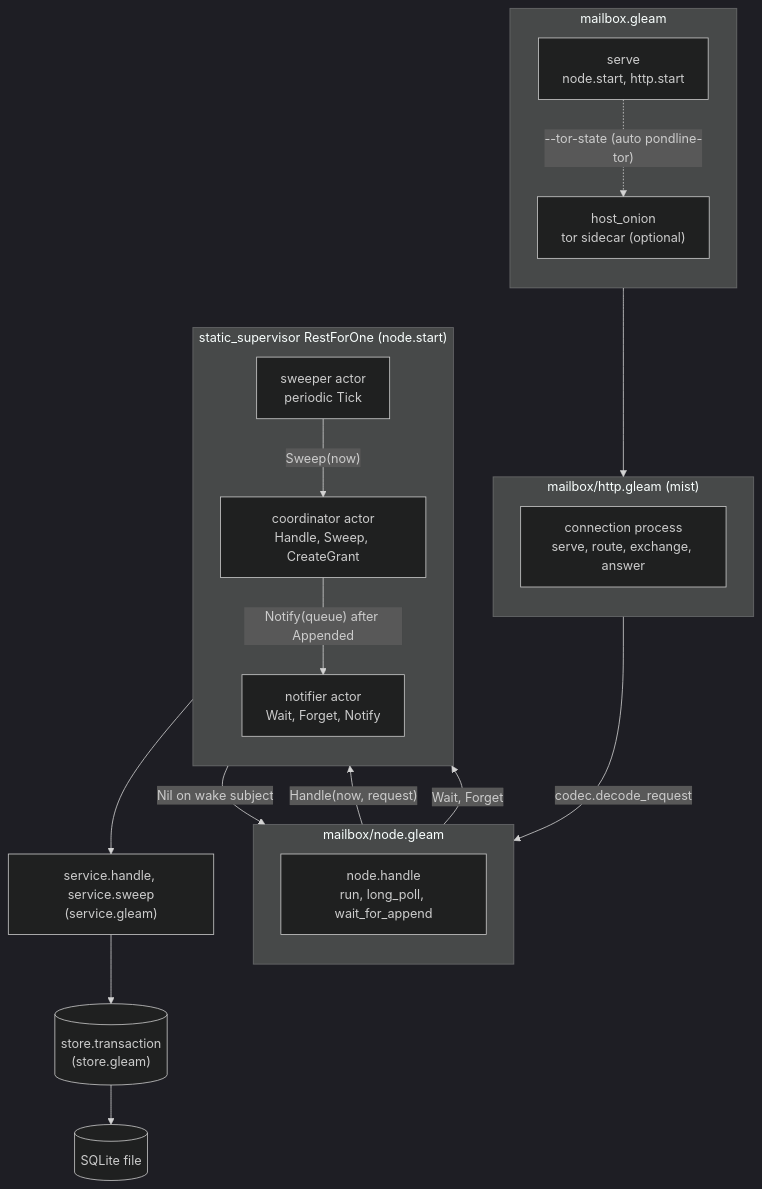
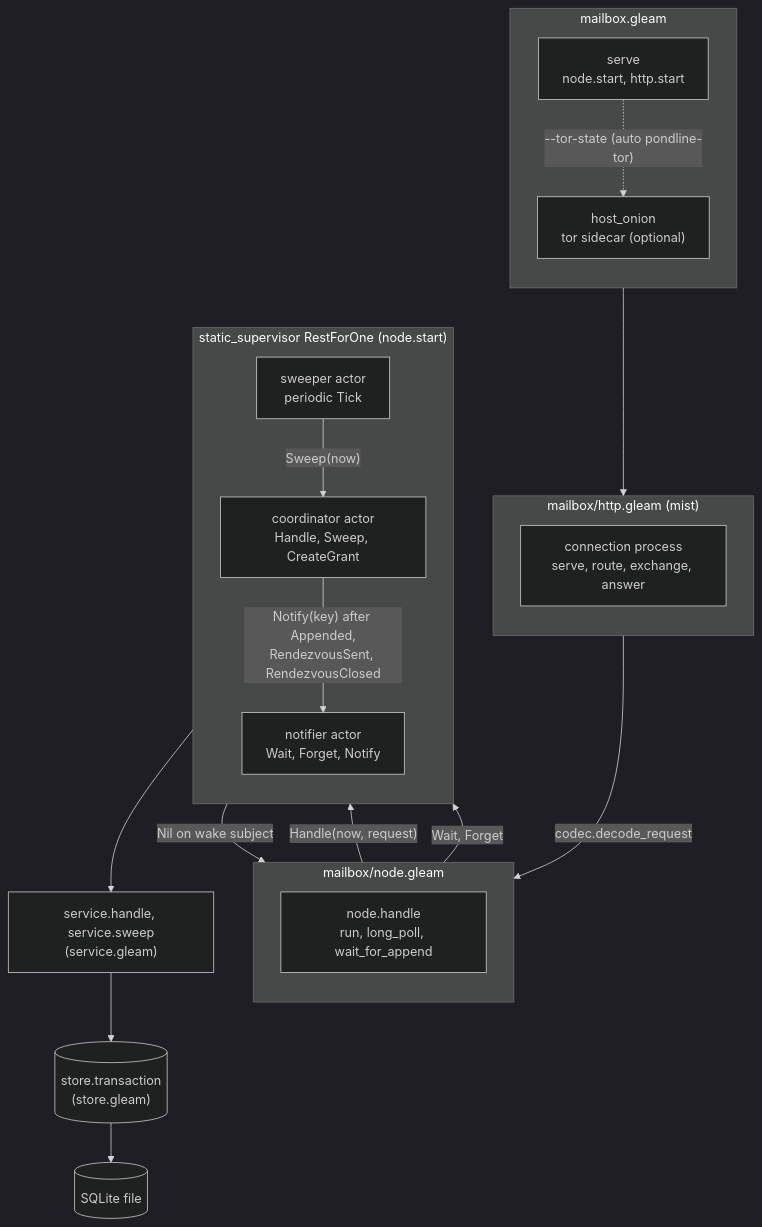
Before and after one commit to Roasbeef/pondline: the first of 3 diagrams in packages/mailbox/README.md, drawn with Mermaid (dark theme). The commit also changed other lines of this file and 7 other files, not shown here.

First line of the commit message:
docs: describe spoken pairing codes in the architecture docs

````diff
--- a/packages/mailbox/README.md
+++ b/packages/mailbox/README.md
@@ -11,41 +11,41 @@
 ```mermaid
 flowchart TB
     subgraph Main["mailbox.gleam"]
         direction TB
         serve["serve<br/>node.start, http.start"]
         onion["host_onion<br/>tor sidecar (optional)"]
     end
 
     subgraph HTTP["mailbox/http.gleam (mist)"]
         direction TB
         conn["connection process<br/>serve, route, exchange, answer"]
     end
 
     subgraph Node["mailbox/node.gleam"]
         direction TB
         handle["node.handle<br/>run, long_poll, wait_for_append"]
     end
 
     subgraph Sup["static_supervisor RestForOne (node.start)"]
         direction TB
         notifier["notifier actor<br/>Wait, Forget, Notify"]
         coord["coordinator actor<br/>Handle, Sweep, CreateGrant"]
         sweeper["sweeper actor<br/>periodic Tick"]
     end
 
     service["service.handle, service.sweep<br/>(service.gleam)"]
     store[("store.transaction<br/>(store.gleam)")]
     db[("SQLite file")]
 
     serve --> conn
     serve -. "--tor-state (auto pondline-tor)" .-> onion
     conn -- "codec.decode_request" --> handle
     handle -- "Handle(now, request)" --> coord
     handle -- "Wait, Forget" --> notifier
     coord --> service
     service --> store
     store --> db
-    coord -- "Notify(queue) after Appended" --> notifier
+    coord -- "Notify(key) after Appended,<br/>RendezvousSent, RendezvousClosed" --> notifier
     notifier -- "Nil on wake subject" --> handle
     sweeper -- "Sweep(now)" --> coord
 ```
````
